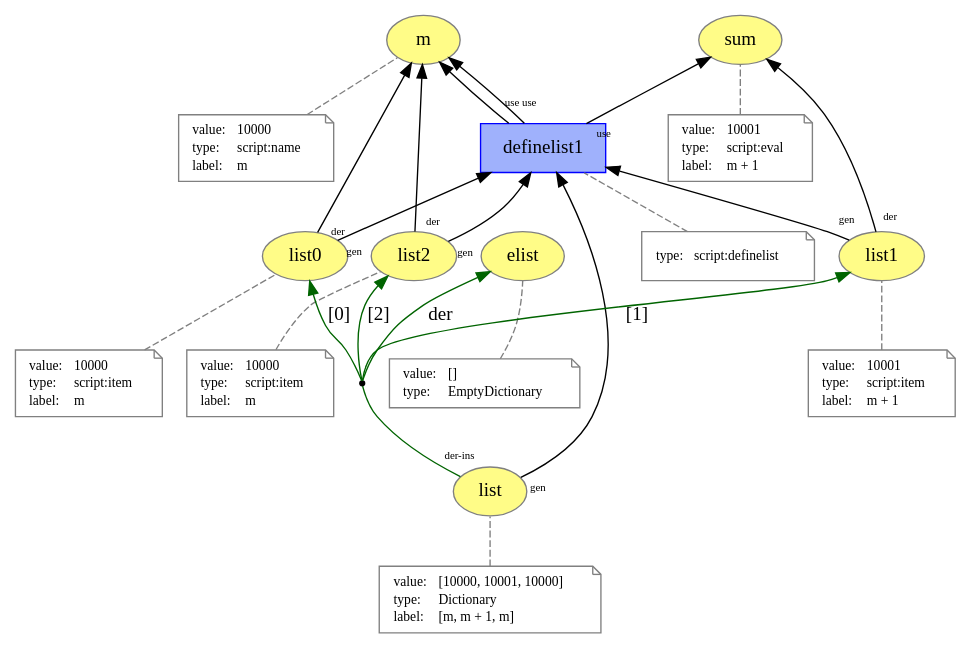
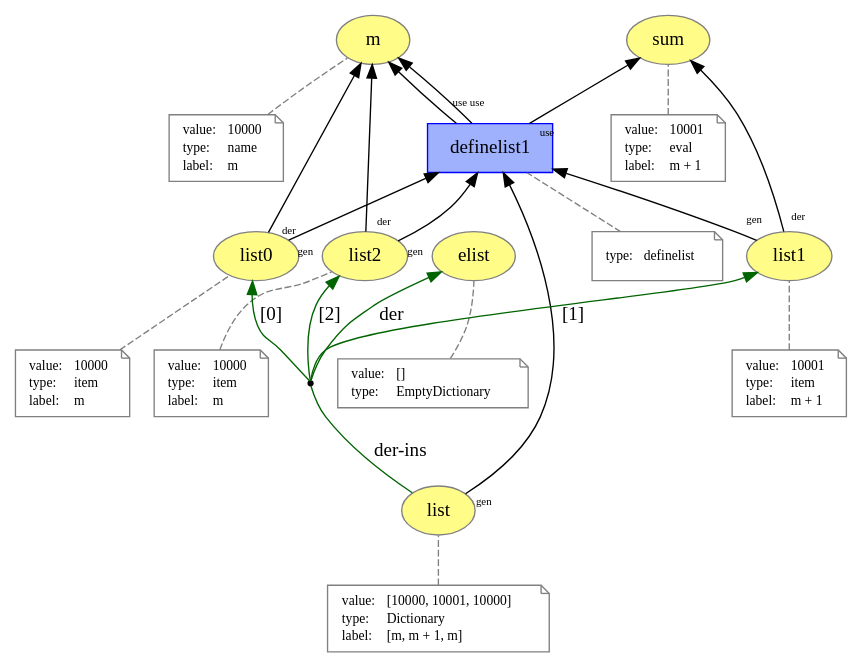
One commit to dew-uff/versioned-prov changed the diagram in images/prov_dictionary/list.dot. Above: the diagram before and after it, drawn with Graphviz. The commit also changed 216 other files, not shown here.

```diff
--- a/images/prov_dictionary/list.dot
+++ b/images/prov_dictionary/list.dot
@@ -1,134 +1,134 @@
 digraph "PROV" { size="16,12"; rankdir="BT";
 "http://example.org/m" [fillcolor="#FFFC87",color="#808080",style="filled",label="m",URL="http://example.org/m"]
 "-attrs0" [color="gray",shape="note",fontsize="10",fontcolor="black",label=<<TABLE cellpadding="0" border="0">
 	<TR>
 	    <TD align="left">value:</TD>
 	    <TD align="left">10000</TD>
 	</TR>
 	<TR>
 	    <TD align="left">type:</TD>
-	    <TD align="left">script:name</TD>
+	    <TD align="left">name</TD>
 	</TR>
 	<TR>
 	    <TD align="left">label:</TD>
 	    <TD align="left">m</TD>
 	</TR>
 </TABLE>>]
 "-attrs0" -> "http://example.org/m" [color="gray",style="dashed",arrowhead="none"]
 "http://example.org/sum" [fillcolor="#FFFC87",color="#808080",style="filled",label="sum",URL="http://example.org/sum"]
 "-attrs1" [color="gray",shape="note",fontsize="10",fontcolor="black",label=<<TABLE cellpadding="0" border="0">
 	<TR>
 	    <TD align="left">value:</TD>
 	    <TD align="left">10001</TD>
 	</TR>
 	<TR>
 	    <TD align="left">type:</TD>
-	    <TD align="left">script:eval</TD>
+	    <TD align="left">eval</TD>
 	</TR>
 	<TR>
 	    <TD align="left">label:</TD>
 	    <TD align="left">m + 1</TD>
 	</TR>
 </TABLE>>]
 "-attrs1" -> "http://example.org/sum" [color="gray",style="dashed",arrowhead="none"]
 "http://example.org/elist" [fillcolor="#FFFC87",color="#808080",style="filled",label="elist",URL="http://example.org/elist"]
 "-attrs2" [color="gray",shape="note",fontsize="10",fontcolor="black",label=<<TABLE cellpadding="0" border="0">
 	<TR>
 	    <TD align="left">value:</TD>
 	    <TD align="left">[]</TD>
 	</TR>
 	<TR>
 	    <TD align="left">type:</TD>
 	    <TD align="left">EmptyDictionary</TD>
 	</TR>
 </TABLE>>]
 "-attrs2" -> "http://example.org/elist" [color="gray",style="dashed",arrowhead="none"]
 "http://example.org/list" [fillcolor="#FFFC87",color="#808080",style="filled",label="list",URL="http://example.org/list"]
 "-attrs3" [color="gray",shape="note",fontsize="10",fontcolor="black",label=<<TABLE cellpadding="0" border="0">
 	<TR>
 	    <TD align="left">value:</TD>
 	    <TD align="left">[10000, 10001, 10000]</TD>
 	</TR>
 	<TR>
 	    <TD align="left">type:</TD>
 	    <TD align="left">Dictionary</TD>
 	</TR>
 	<TR>
 	    <TD align="left">label:</TD>
 	    <TD align="left">[m, m + 1, m]</TD>
 	</TR>
 </TABLE>>]
 "-attrs3" -> "http://example.org/list" [color="gray",style="dashed",arrowhead="none"]
 "http://example.org/list0" [fillcolor="#FFFC87",color="#808080",style="filled",label="list0",URL="http://example.org/list0"]
 "-attrs4" [color="gray",shape="note",fontsize="10",fontcolor="black",label=<<TABLE cellpadding="0" border="0">
 	<TR>
 	    <TD align="left">value:</TD>
 	    <TD align="left">10000</TD>
 	</TR>
 	<TR>
 	    <TD align="left">type:</TD>
-	    <TD align="left">script:item</TD>
+	    <TD align="left">item</TD>
 	</TR>
 	<TR>
 	    <TD align="left">label:</TD>
 	    <TD align="left">m</TD>
 	</TR>
 </TABLE>>]
 "-attrs4" -> "http://example.org/list0" [color="gray",style="dashed",arrowhead="none"]
 "http://example.org/list1" [fillcolor="#FFFC87",color="#808080",style="filled",label="list1",URL="http://example.org/list1"]
 "-attrs5" [color="gray",shape="note",fontsize="10",fontcolor="black",label=<<TABLE cellpadding="0" border="0">
 	<TR>
 	    <TD align="left">value:</TD>
 	    <TD align="left">10001</TD>
 	</TR>
 	<TR>
 	    <TD align="left">type:</TD>
-	    <TD align="left">script:item</TD>
+	    <TD align="left">item</TD>
 	</TR>
 	<TR>
 	    <TD align="left">label:</TD>
 	    <TD align="left">m + 1</TD>
 	</TR>
 </TABLE>>]
 "-attrs5" -> "http://example.org/list1" [color="gray",style="dashed",arrowhead="none"]
 "http://example.org/list2" [fillcolor="#FFFC87",color="#808080",style="filled",label="list2",URL="http://example.org/list2"]
 "-attrs6" [color="gray",shape="note",fontsize="10",fontcolor="black",label=<<TABLE cellpadding="0" border="0">
 	<TR>
 	    <TD align="left">value:</TD>
 	    <TD align="left">10000</TD>
 	</TR>
 	<TR>
 	    <TD align="left">type:</TD>
-	    <TD align="left">script:item</TD>
+	    <TD align="left">item</TD>
 	</TR>
 	<TR>
 	    <TD align="left">label:</TD>
 	    <TD align="left">m</TD>
 	</TR>
 </TABLE>>]
 "-attrs6" -> "http://example.org/list2" [color="gray",style="dashed",arrowhead="none"]
 "bn0" [shape="point",label=""]
-"http://example.org/list" -> "bn0" [labelfontsize="8",labeldistance="1.5",labelangle="60.0",rotation="20",taillabel="der-ins",arrowhead="none",color="darkgreen"]
+"http://example.org/list" -> "bn0" [labelfontsize="8",labeldistance="1.5",color="darkgreen",labelangle="60.0",rotation="20",label="der-ins",arrowhead="none"]
 "bn0" -> "http://example.org/elist" [labelfontsize="8",labeldistance="1.5",color="darkgreen",labelangle="60.0",rotation="20",label="der"]
 "bn0" -> "http://example.org/list0" [labelfontsize="8",labeldistance="1.5",color="darkgreen",labelangle="60.0",rotation="20",label="[0]"]
 "bn0" -> "http://example.org/list1" [labelfontsize="8",labeldistance="1.5",color="darkgreen",labelangle="60.0",rotation="20",label="[1]"]
 "bn0" -> "http://example.org/list2" [labelfontsize="8",labeldistance="1.5",color="darkgreen",labelangle="60.0",rotation="20",label="[2]"]
 "http://example.org/definelist1" [fillcolor="#9FB1FC",color="#0000FF",shape="polygon",sides="4",style="filled",label="definelist1",URL="http://example.org/definelist1"]
 "-attrs7" [color="gray",shape="note",fontsize="10",fontcolor="black",label=<<TABLE cellpadding="0" border="0">
 	<TR>
 	    <TD align="left">type:</TD>
-	    <TD align="left">script:definelist</TD>
+	    <TD align="left">definelist</TD>
 	</TR>
 </TABLE>>]
 "-attrs7" -> "http://example.org/definelist1" [color="gray",style="dashed",arrowhead="none"]
 "http://example.org/definelist1" -> "http://example.org/m" [labelfontsize="8",labeldistance="1.5",labelangle="60.0",rotation="20",taillabel="use"]
 "http://example.org/list0" -> "http://example.org/definelist1" [labelfontsize="8",labeldistance="1.5",labelangle="60.0",rotation="20",taillabel="gen"]
 "http://example.org/list0" -> "http://example.org/m" [labelfontsize="8",labeldistance="1.5",labelangle="60.0",rotation="20",taillabel="der"]
 "http://example.org/definelist1" -> "http://example.org/sum" [labelfontsize="8",labeldistance="1.5",labelangle="60.0",rotation="20",taillabel="use"]
 "http://example.org/list1" -> "http://example.org/definelist1" [labelfontsize="8",labeldistance="1.5",labelangle="60.0",rotation="20",taillabel="gen"]
 "http://example.org/list1" -> "http://example.org/sum" [labelfontsize="8",labeldistance="1.5",labelangle="60.0",rotation="20",taillabel="der"]
 "http://example.org/definelist1" -> "http://example.org/m" [labelfontsize="8",labeldistance="1.5",labelangle="60.0",rotation="20",taillabel="use"]
 "http://example.org/list2" -> "http://example.org/definelist1" [labelfontsize="8",labeldistance="1.5",labelangle="60.0",rotation="20",taillabel="gen"]
 "http://example.org/list2" -> "http://example.org/m" [labelfontsize="8",labeldistance="1.5",labelangle="60.0",rotation="20",taillabel="der"]
 "http://example.org/list" -> "http://example.org/definelist1" [labelfontsize="8",labeldistance="1.5",labelangle="60.0",rotation="20",taillabel="gen"]
 }
```
